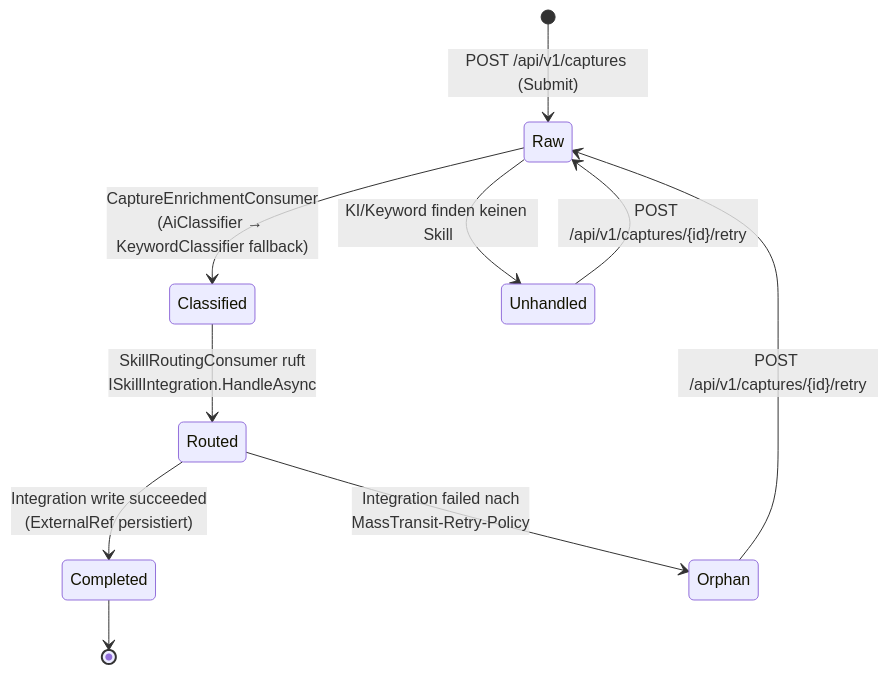
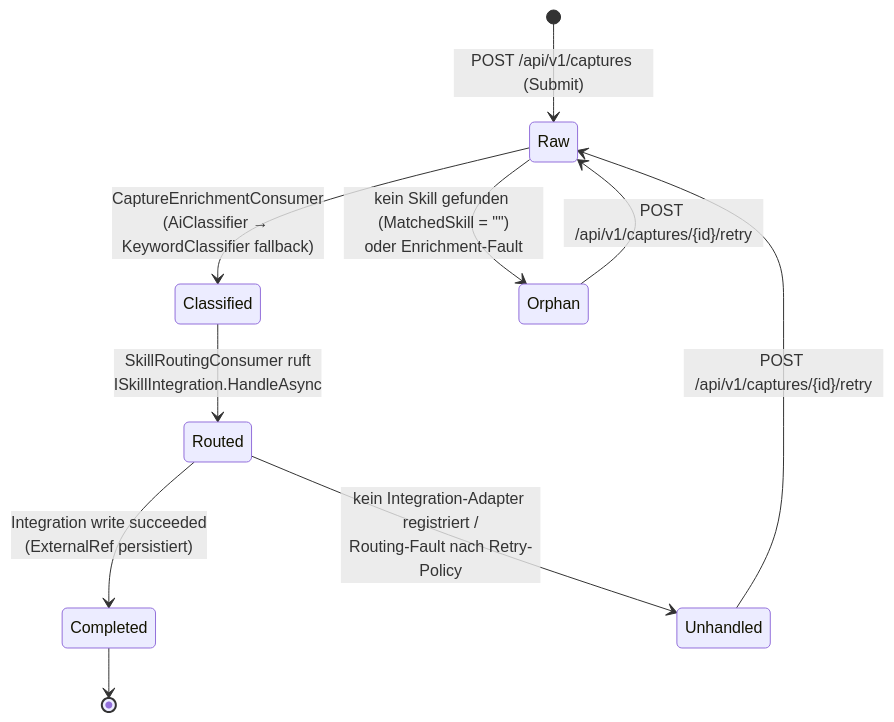
Before and after one commit to freaxnx01/FlowHub-CAS-AISE: the first of 2 diagrams in docs/design/perspectives.md, drawn with Mermaid. The commit also changed other lines of this file and 5 other files, not shown here.

````diff
--- a/docs/design/perspectives.md
+++ b/docs/design/perspectives.md
@@ -65,12 +67,12 @@
 ```mermaid
 stateDiagram-v2
     [*] --> Raw : POST /api/v1/captures (Submit)
     Raw --> Classified : CaptureEnrichmentConsumer<br/>(AiClassifier → KeywordClassifier fallback)
-    Raw --> Unhandled : KI/Keyword finden keinen Skill
+    Raw --> Orphan : kein Skill gefunden (MatchedSkill = "")<br/>oder Enrichment-Fault
     Classified --> Routed : SkillRoutingConsumer ruft<br/>ISkillIntegration.HandleAsync
     Routed --> Completed : Integration write succeeded<br/>(ExternalRef persistiert)
-    Routed --> Orphan : Integration failed nach<br/>MassTransit-Retry-Policy
+    Routed --> Unhandled : kein Integration-Adapter registriert /<br/>Routing-Fault nach Retry-Policy
     Orphan --> Raw : POST /api/v1/captures/{id}/retry
     Unhandled --> Raw : POST /api/v1/captures/{id}/retry
     Completed --> [*]
 ```
````
